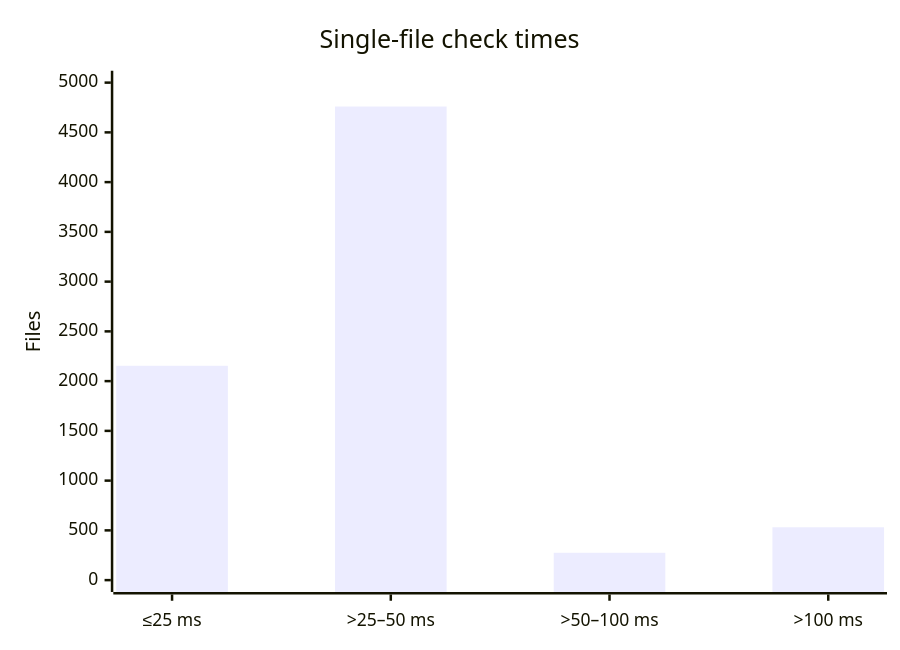
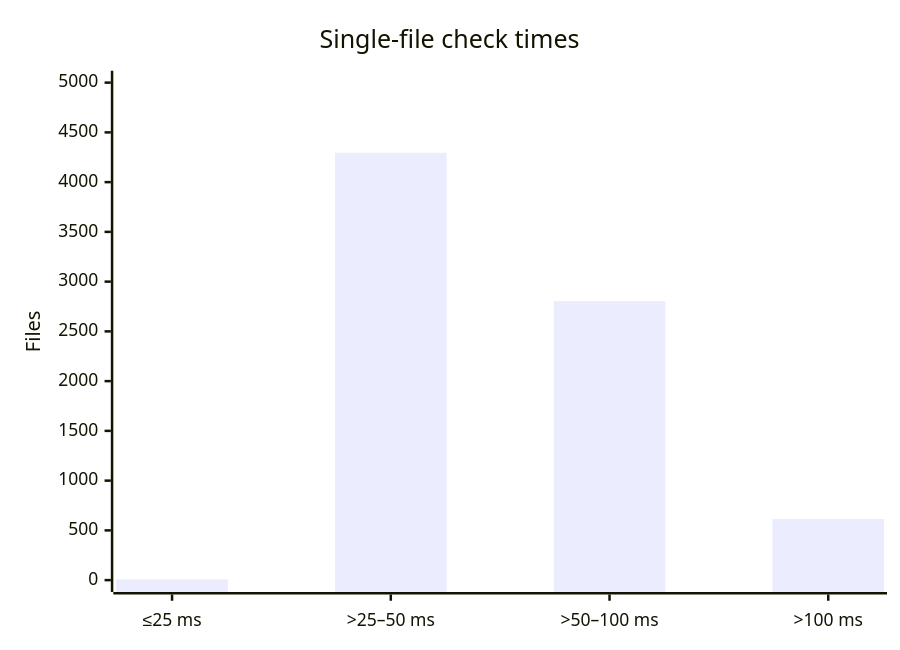
One commit to PrimeX-06/tift changed the diagram in README.md. Above: the diagram before and after it, drawn with Mermaid. The commit also changed other lines of this file, not shown here.

````diff
--- a/README.md
+++ b/README.md
@@ -46,7 +46,7 @@
 ```mermaid
 xychart-beta
     title "Single-file check times"
     x-axis ["≤25 ms", ">25–50 ms", ">50–100 ms", ">100 ms"]
     y-axis "Files" 0 --> 5000
-    bar [2154, 4760, 275, 531]
+    bar [7, 4295, 2804, 614]
 ```
````
